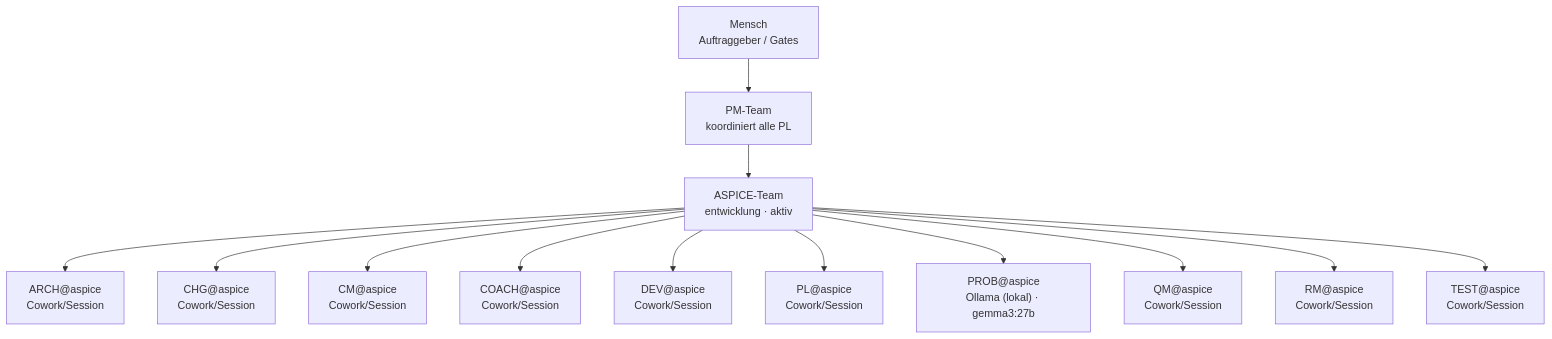
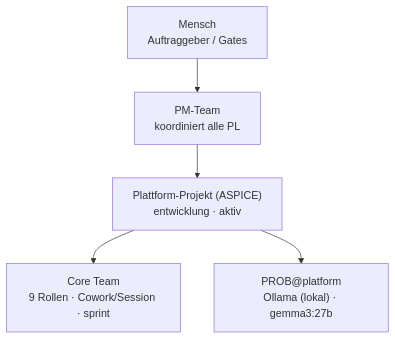
The diagram in ORGANIGRAMM.md (DiOflOrds/platform), drawn with Mermaid before and after one commit. The commit also changed other lines of this file and 41 other files, not shown here.

````diff
--- a/ORGANIGRAMM.md
+++ b/ORGANIGRAMM.md
@@ -7,28 +7,12 @@
 ```mermaid
 graph TB
   MENSCH["Mensch<br/>Auftraggeber / Gates"]
   PM["PM-Team<br/>koordiniert alle PL"]
   MENSCH --> PM
-  platform["ASPICE-Team<br/>entwicklung · aktiv"]
+  platform["Plattform-Projekt (ASPICE)<br/>entwicklung · aktiv"]
   PM --> platform
-  ARCH_aspice["ARCH@aspice<br/>Cowork/Session"]
-  platform --> ARCH_aspice
-  CHG_aspice["CHG@aspice<br/>Cowork/Session"]
-  platform --> CHG_aspice
-  CM_aspice["CM@aspice<br/>Cowork/Session"]
-  platform --> CM_aspice
-  COACH_aspice["COACH@aspice<br/>Cowork/Session"]
-  platform --> COACH_aspice
-  DEV_aspice["DEV@aspice<br/>Cowork/Session"]
-  platform --> DEV_aspice
-  PL_aspice["PL@aspice<br/>Cowork/Session"]
-  platform --> PL_aspice
-  PROB_aspice["PROB@aspice<br/>Ollama (lokal) · gemma3:27b"]
-  platform --> PROB_aspice
-  QM_aspice["QM@aspice<br/>Cowork/Session"]
-  platform --> QM_aspice
-  RM_aspice["RM@aspice<br/>Cowork/Session"]
-  platform --> RM_aspice
-  TEST_aspice["TEST@aspice<br/>Cowork/Session"]
-  platform --> TEST_aspice
+  platform_CORE["Core Team<br/>9 Rollen · Cowork/Session · sprint"]
+  platform --> platform_CORE
+  PROB_platform["PROB@platform<br/>Ollama (lokal) · gemma3:27b"]
+  platform --> PROB_platform
 ```
````
